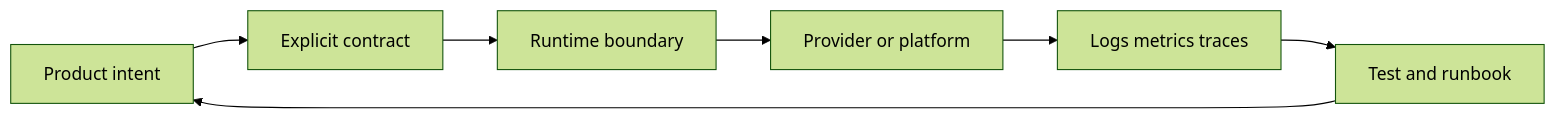
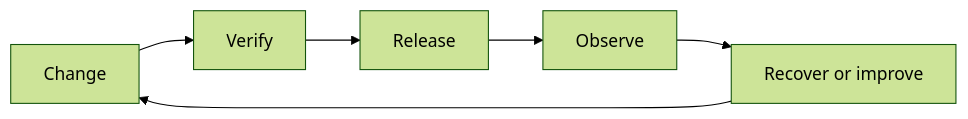
Before and after one commit to jeffersoncampos12p-dev/jeston: the diagram in path/to/docs/operations/benchmark.mdx, drawn with Mermaid (forest theme). The commit also changed other lines of this file and 31 other files, not shown here.

````diff
--- a/path/to/docs/operations/benchmark.mdx
+++ b/path/to/docs/operations/benchmark.mdx
@@ -89,9 +95,8 @@
 ```mermaid placement="top-right"
 flowchart LR
-    intent[Product intent] --> contract[Explicit contract]
-    contract --> boundary[Runtime boundary]
-    boundary --> dependency[Provider or platform]
-    dependency --> signal[Logs metrics traces]
-    signal --> proof[Test and runbook]
-    proof --> intent
+    change[Change] --> verify[Verify]
+    verify --> release[Release]
+    release --> observe[Observe]
+    observe --> recover[Recover or improve]
+    recover --> change
 ```
````
